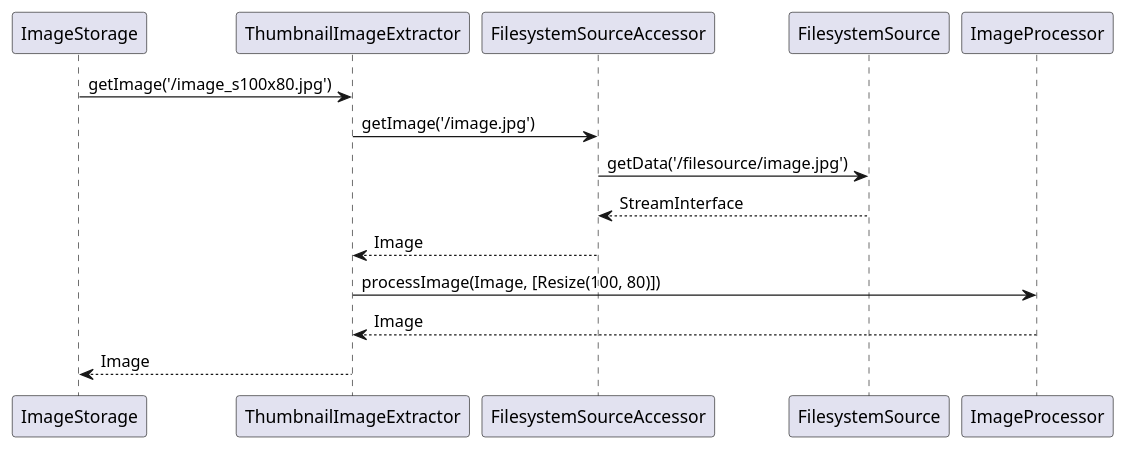
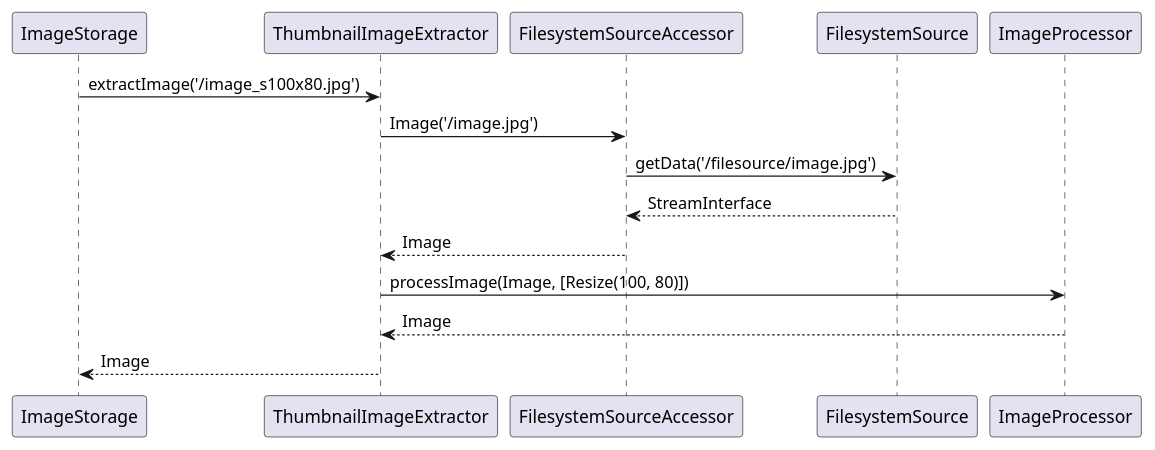
Before and after one commit to strider2038/image-cache: the diagram in docs/uml/thumbnail-extractor-and-filesystem-storage.puml, drawn with PlantUML. The commit also changed 17 other files, not shown here.

```diff
--- a/docs/uml/thumbnail-extractor-and-filesystem-storage.puml
+++ b/docs/uml/thumbnail-extractor-and-filesystem-storage.puml
@@ -1,12 +1,12 @@
 @startuml
 
-ImageStorage -> ThumbnailImageExtractor: getImage('/image_s100x80.jpg')
-ThumbnailImageExtractor -> FilesystemSourceAccessor: getImage('/image.jpg')
+ImageStorage -> ThumbnailImageExtractor: extractImage('/image_s100x80.jpg')
+ThumbnailImageExtractor -> FilesystemSourceAccessor: Image('/image.jpg')
 FilesystemSourceAccessor -> FilesystemSource: getData('/filesource/image.jpg')
 FilesystemSourceAccessor <-- FilesystemSource: StreamInterface
 ThumbnailImageExtractor <-- FilesystemSourceAccessor: Image
 ThumbnailImageExtractor -> ImageProcessor: processImage(Image, [Resize(100, 80)])
 ThumbnailImageExtractor <-- ImageProcessor: Image
 ImageStorage <-- ThumbnailImageExtractor: Image
 
 @enduml
```
